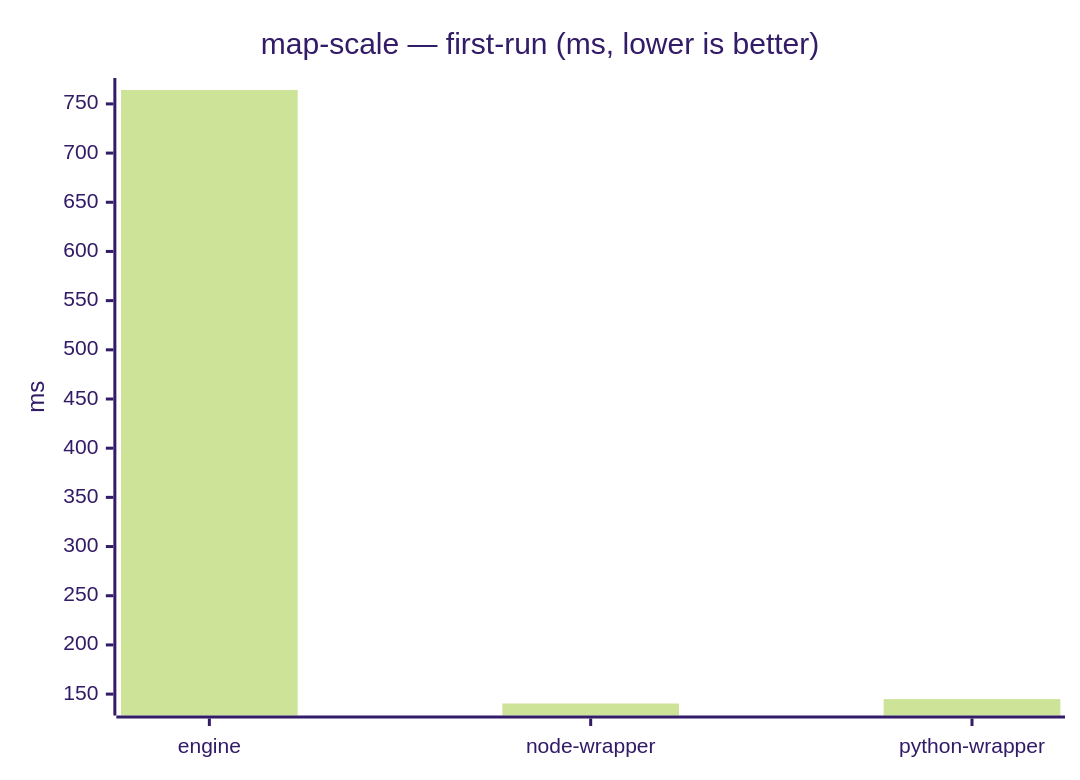
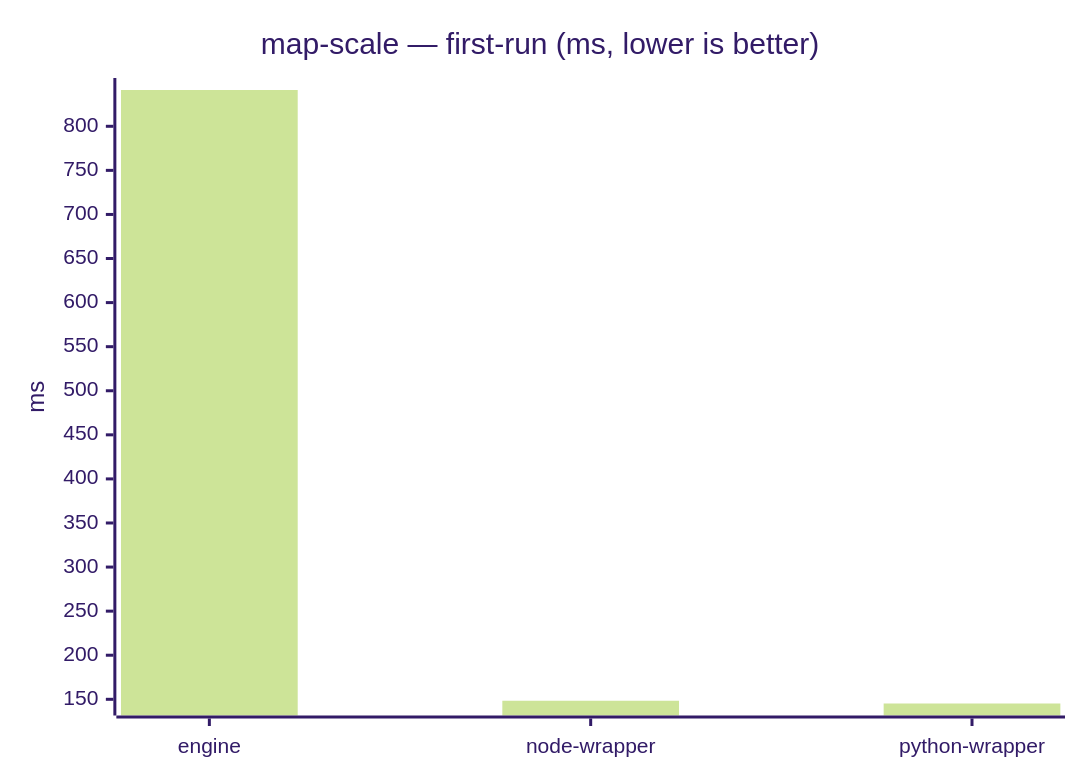
The sixth of 23 diagrams in benchmarks/report/RESULTS.md (mulesoft/data-weave-cli), drawn with Mermaid (forest theme) before and after one commit. The commit also changed other lines of this file, not shown here.

````diff
--- a/benchmarks/report/RESULTS.md
+++ b/benchmarks/report/RESULTS.md
@@ -92,7 +90,7 @@
 ```mermaid
 xychart-beta
     title "map-scale — first-run (ms, lower is better)"
     x-axis ["engine", "node-wrapper", "python-wrapper"]
     y-axis "ms"
-    bar [764.132, 140.449, 144.906]
+    bar [841.166, 148.358, 145.236]
 ```
````
